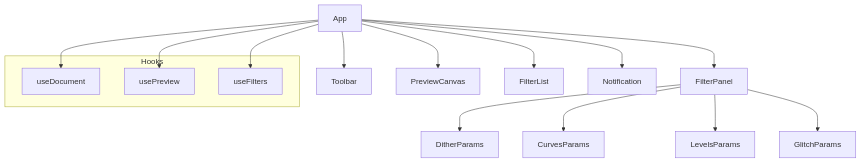
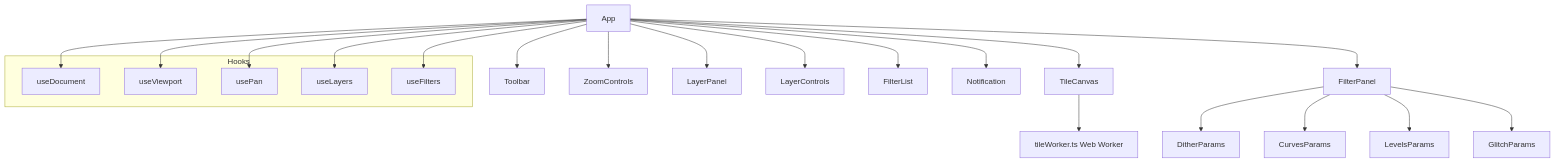
One commit to edrdavid1/dith-yuki changed the fifth of 10 diagrams in ARCHITECTURE.md. Above: the diagram before and after it, drawn with Mermaid. The commit also changed other lines of this file and 35 other files, not shown here.

First line of the commit message:
feat: tile-viewport rendering pipeline

````diff
--- a/ARCHITECTURE.md
+++ b/ARCHITECTURE.md
@@ -778,23 +910,32 @@
 ```mermaid
 graph TD
     App --> Toolbar
-    App --> PreviewCanvas
+    App --> TileCanvas
+    App --> ZoomControls
+    App --> LayerPanel
+    App --> LayerControls
     App --> FilterList
     App --> FilterPanel
     App --> Notification
+
+    TileCanvas --> tileWorker[tileWorker.ts Web Worker]
 
     FilterPanel --> DitherParams
     FilterPanel --> CurvesParams
     FilterPanel --> LevelsParams
     FilterPanel --> GlitchParams
 
     subgraph Hooks
         useDocument
-        usePreview
+        useViewport
+        usePan
+        useLayers
         useFilters
     end
 
     App --> useDocument
-    App --> usePreview
+    App --> useViewport
+    App --> usePan
+    App --> useLayers
     App --> useFilters
 ```
````
